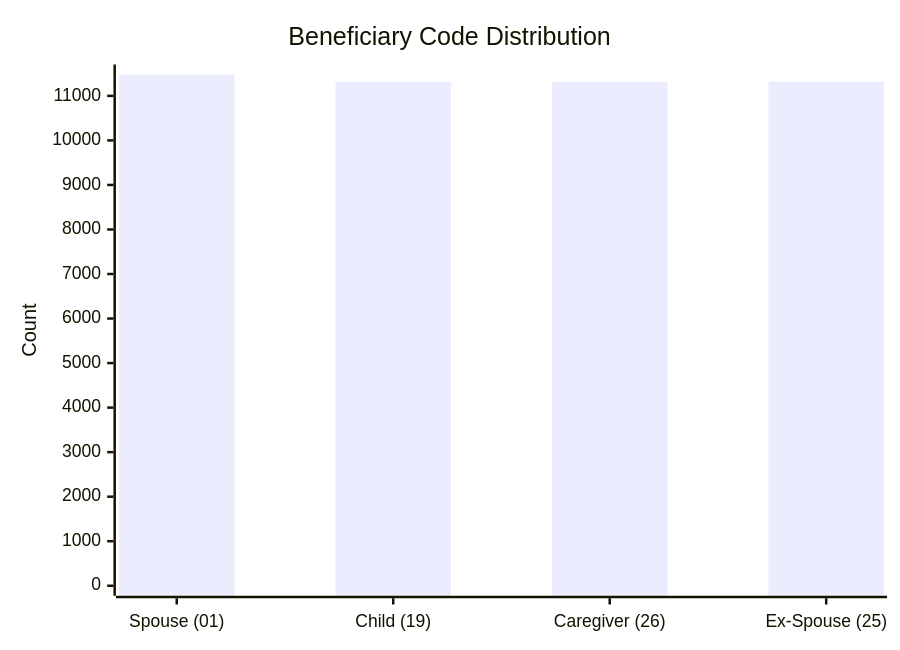
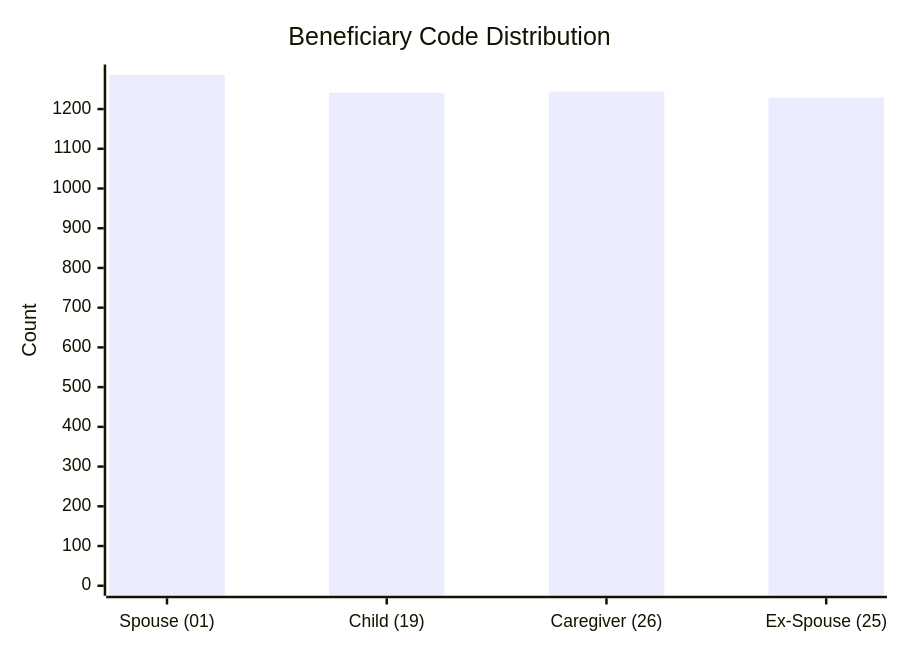
Before and after one commit to dhagan-va/intern-2025: the seventh of 10 diagrams in test-tools/DataGen/src/Statistics_Visualizer.md, drawn with Mermaid. The commit also changed other lines of this file and 5 other files, not shown here.

````diff
--- a/test-tools/DataGen/src/Statistics_Visualizer.md
+++ b/test-tools/DataGen/src/Statistics_Visualizer.md
@@ -76,7 +76,7 @@
 ```mermaid
 xychart-beta
     title "Beneficiary Code Distribution"
     x-axis ["Spouse (01)", "Child (19)", "Caregiver (26)", "Ex-Spouse (25)"]
-    y-axis "Count" 0 --> 11480
-    bar [11479, 11318, 11311, 11320]
+    y-axis "Count" 0 --> 1287
+    bar [1286, 1241, 1244, 1229]
 ```
````
